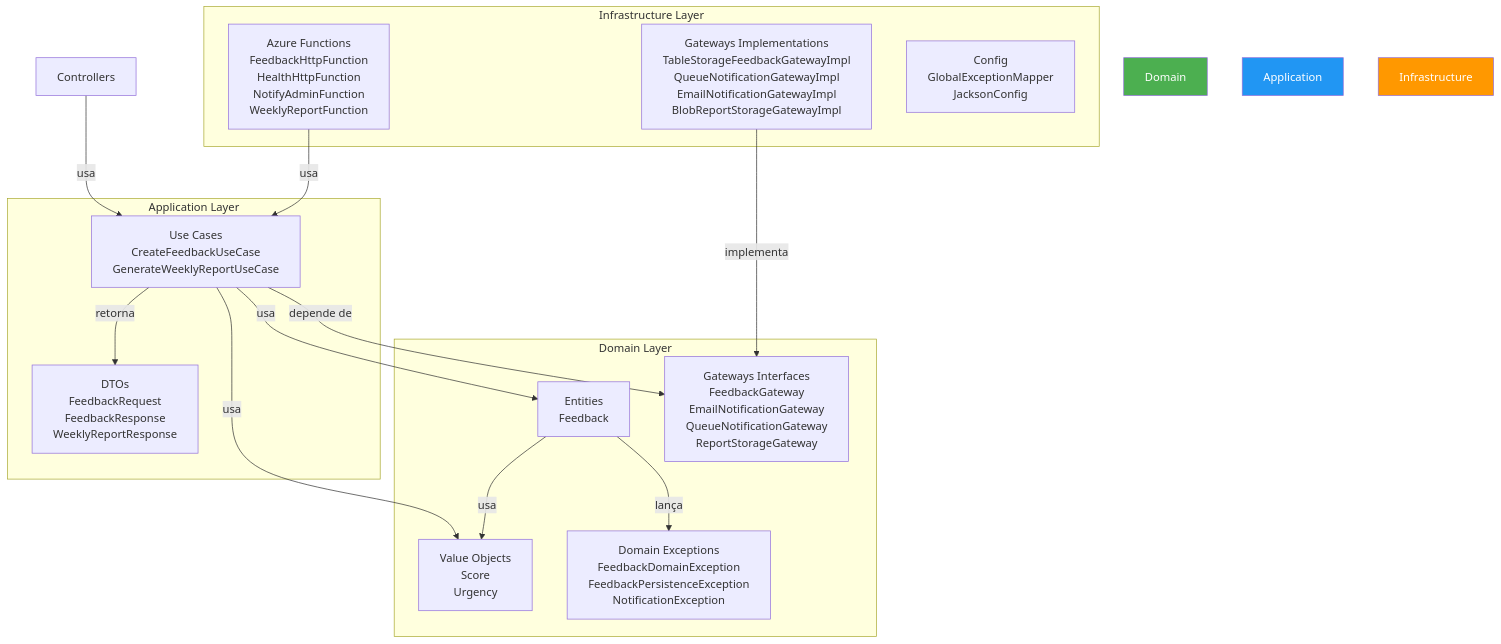
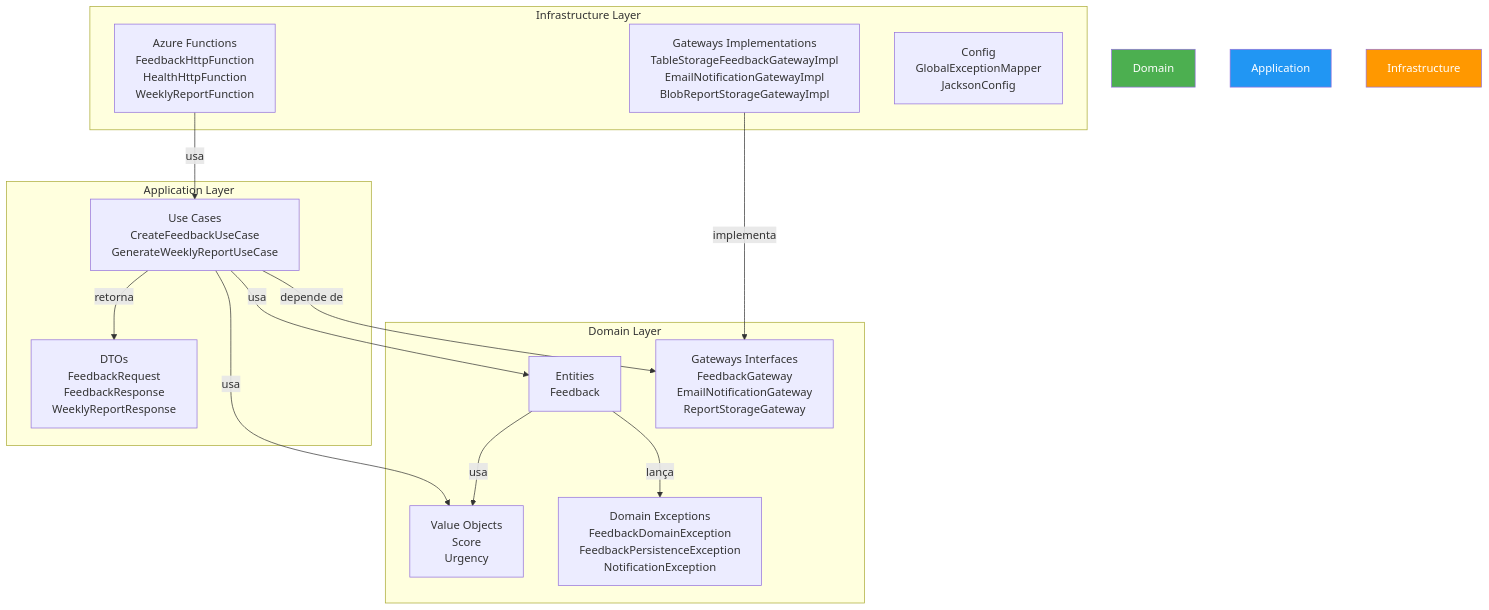
One commit to luizffdemoraes/feedback-sync changed the fourth of 8 diagrams in README.md. Above: the diagram before and after it, drawn with Mermaid. The commit also changed other lines of this file and 32 other files, not shown here.

````diff
--- a/README.md
+++ b/README.md
@@ -441,34 +415,33 @@
 ```mermaid
 graph TB
     subgraph "Infrastructure Layer"
-        Handlers[Azure Functions<br/>FeedbackHttpFunction<br/>HealthHttpFunction<br/>NotifyAdminFunction<br/>WeeklyReportFunction]
-        GatewaysImpl[Gateways Implementations<br/>TableStorageFeedbackGatewayImpl<br/>QueueNotificationGatewayImpl<br/>EmailNotificationGatewayImpl<br/>BlobReportStorageGatewayImpl]
+        Handlers[Azure Functions<br/>FeedbackHttpFunction<br/>HealthHttpFunction<br/>WeeklyReportFunction]
+        GatewaysImpl[Gateways Implementations<br/>TableStorageFeedbackGatewayImpl<br/>EmailNotificationGatewayImpl<br/>BlobReportStorageGatewayImpl]
         Config[Config<br/>GlobalExceptionMapper<br/>JacksonConfig]
     end
 
     subgraph "Application Layer"
         UseCases[Use Cases<br/>CreateFeedbackUseCase<br/>GenerateWeeklyReportUseCase]
         DTOs[DTOs<br/>FeedbackRequest<br/>FeedbackResponse<br/>WeeklyReportResponse]
     end
 
     subgraph "Domain Layer"
         Entities[Entities<br/>Feedback]
         ValueObjects[Value Objects<br/>Score<br/>Urgency]
-        Gateways[Gateways Interfaces<br/>FeedbackGateway<br/>EmailNotificationGateway<br/>QueueNotificationGateway<br/>ReportStorageGateway]
+        Gateways[Gateways Interfaces<br/>FeedbackGateway<br/>EmailNotificationGateway<br/>ReportStorageGateway]
         Exceptions[Domain Exceptions<br/>FeedbackDomainException<br/>FeedbackPersistenceException<br/>NotificationException]
     end
 
-    Controllers -->|usa| UseCases
     Handlers -->|usa| UseCases
     UseCases -->|usa| Entities
     UseCases -->|usa| ValueObjects
     UseCases -->|depende de| Gateways
     GatewaysImpl -->|implementa| Gateways
     UseCases -->|retorna| DTOs
     Entities -->|usa| ValueObjects
     Entities -->|lança| Exceptions
 
     style Domain fill:#4CAF50,color:#fff
     style Application fill:#2196F3,color:#fff
     style Infrastructure fill:#FF9800,color:#fff
 ```
````
